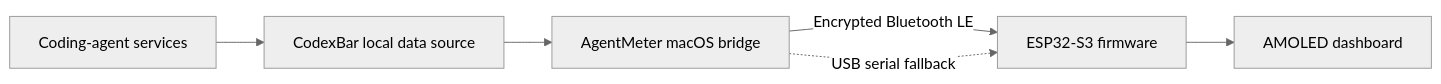
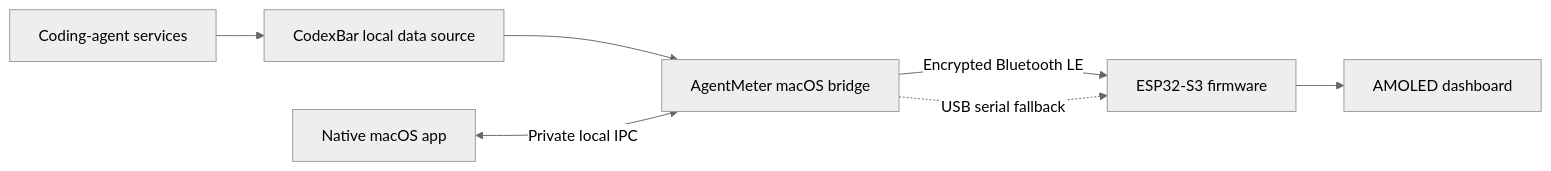
Before and after one commit to prabhavalabs/agentmeter: the diagram in README.md, drawn with Mermaid (neutral theme). The commit also changed other lines of this file and 9 other files, not shown here.

Commit message:
docs(mac): document companion app workflow

````diff
--- a/README.md
+++ b/README.md
@@ -26,8 +28,9 @@
 ```mermaid
 flowchart LR
     A["Coding-agent services"] --> B["CodexBar local data source"]
     B --> C["AgentMeter macOS bridge"]
     C -->|"Encrypted Bluetooth LE"| D["ESP32-S3 firmware"]
     C -.->|"USB serial fallback"| D
     D --> E["AMOLED dashboard"]
+    F["Native macOS app"] <-->|"Private local IPC"| C
 ```
````
